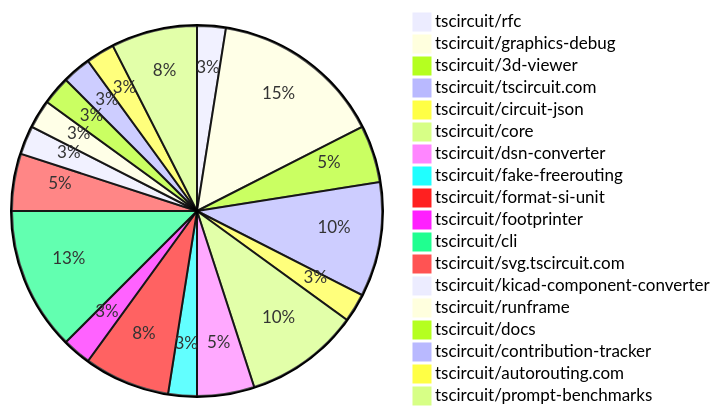
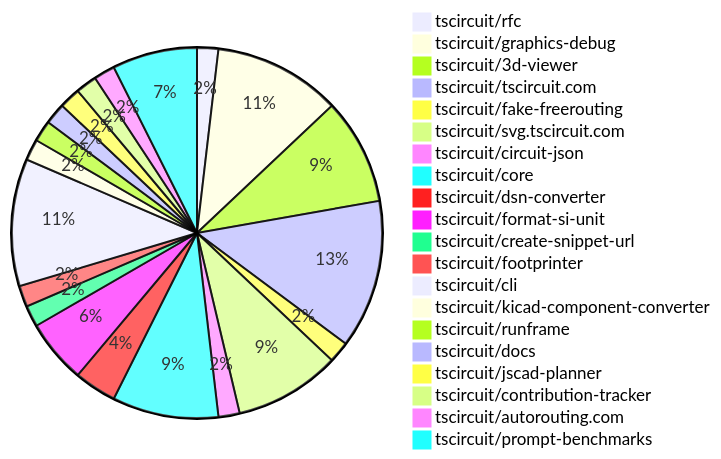
The diagram in README.md (tscircuit/contribution-tracker), drawn with Mermaid before and after one commit. The commit also changed other lines of this file and 2 other files, not shown here.

````diff
--- a/README.md
+++ b/README.md
@@ -24,21 +24,23 @@
 ```mermaid
 pie
     "tscircuit/rfc" : 1
     "tscircuit/graphics-debug" : 6
-    "tscircuit/3d-viewer" : 2
-    "tscircuit/tscircuit.com" : 4
+    "tscircuit/3d-viewer" : 5
+    "tscircuit/tscircuit.com" : 7
+    "tscircuit/fake-freerouting" : 1
+    "tscircuit/svg.tscircuit.com" : 5
     "tscircuit/circuit-json" : 1
-    "tscircuit/core" : 4
+    "tscircuit/core" : 5
     "tscircuit/dsn-converter" : 2
-    "tscircuit/fake-freerouting" : 1
     "tscircuit/format-si-unit" : 3
+    "tscircuit/create-snippet-url" : 1
     "tscircuit/footprinter" : 1
-    "tscircuit/cli" : 5
-    "tscircuit/svg.tscircuit.com" : 2
+    "tscircuit/cli" : 6
     "tscircuit/kicad-component-converter" : 1
     "tscircuit/runframe" : 1
     "tscircuit/docs" : 1
+    "tscircuit/jscad-planner" : 1
     "tscircuit/contribution-tracker" : 1
     "tscircuit/autorouting.com" : 1
-    "tscircuit/prompt-benchmarks" : 3
+    "tscircuit/prompt-benchmarks" : 4
 ```
````
